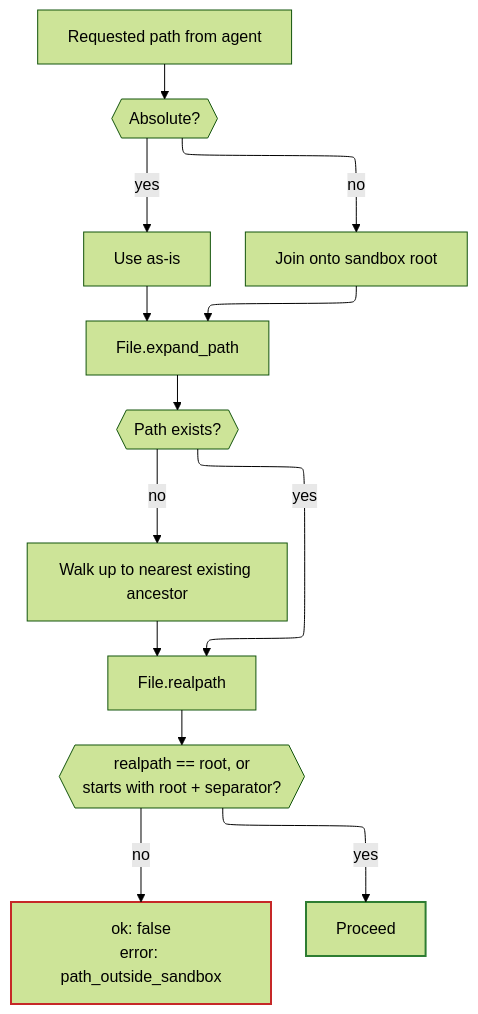
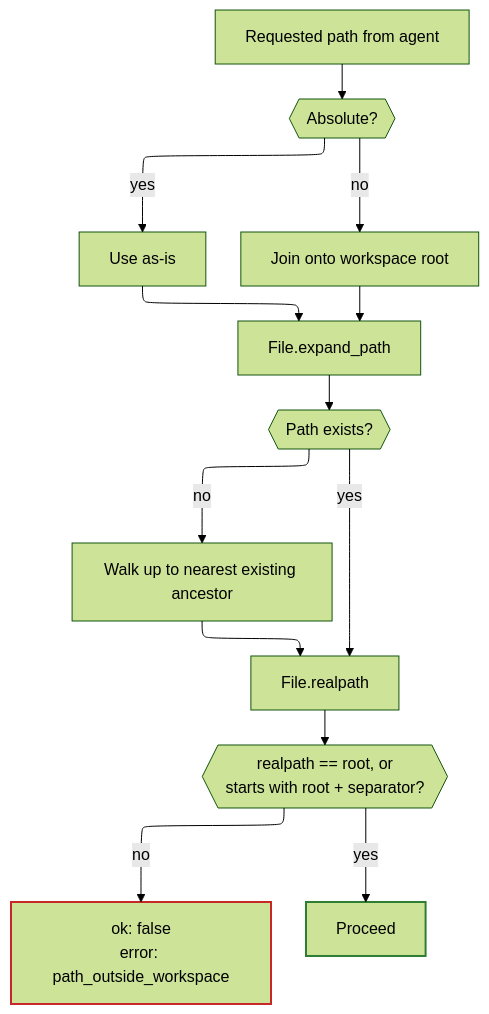
One commit to nogginly/fsutils.cr changed the third of 4 diagrams in DESIGN.md. Above: the diagram before and after it, drawn with Mermaid (forest theme). The commit also changed other lines of this file and 24 other files, not shown here.

First line of the commit message:
Declare tool capabilities, and rename the sandbox to the workspace (0.4.0) (#15)

````diff
--- a/DESIGN.md
+++ b/DESIGN.md
@@ -543,22 +543,22 @@
 ```mermaid
 ---
 config:
   layout: elk
 ---
 flowchart TD
     A[Requested path from agent] --> B{{Absolute?}}
     B -- yes --> C[Use as-is]
-    B -- no --> D[Join onto sandbox root]
+    B -- no --> D[Join onto workspace root]
     C --> E[File.expand_path]
     D --> E
     E --> F{{Path exists?}}
     F -- no --> G[Walk up to nearest existing ancestor]
     F -- yes --> H[File.realpath]
     G --> H
     H --> I{{"realpath == root, or<br/>starts with root + separator?"}}
-    I -- no --> X["ok: false<br/>error: path_outside_sandbox"]
+    I -- no --> X["ok: false<br/>error: path_outside_workspace"]
     I -- yes --> Y[Proceed]
 
     style X stroke:#c62828,stroke-width:2px
     style Y stroke:#2e7d32,stroke-width:2px
 ```
````
